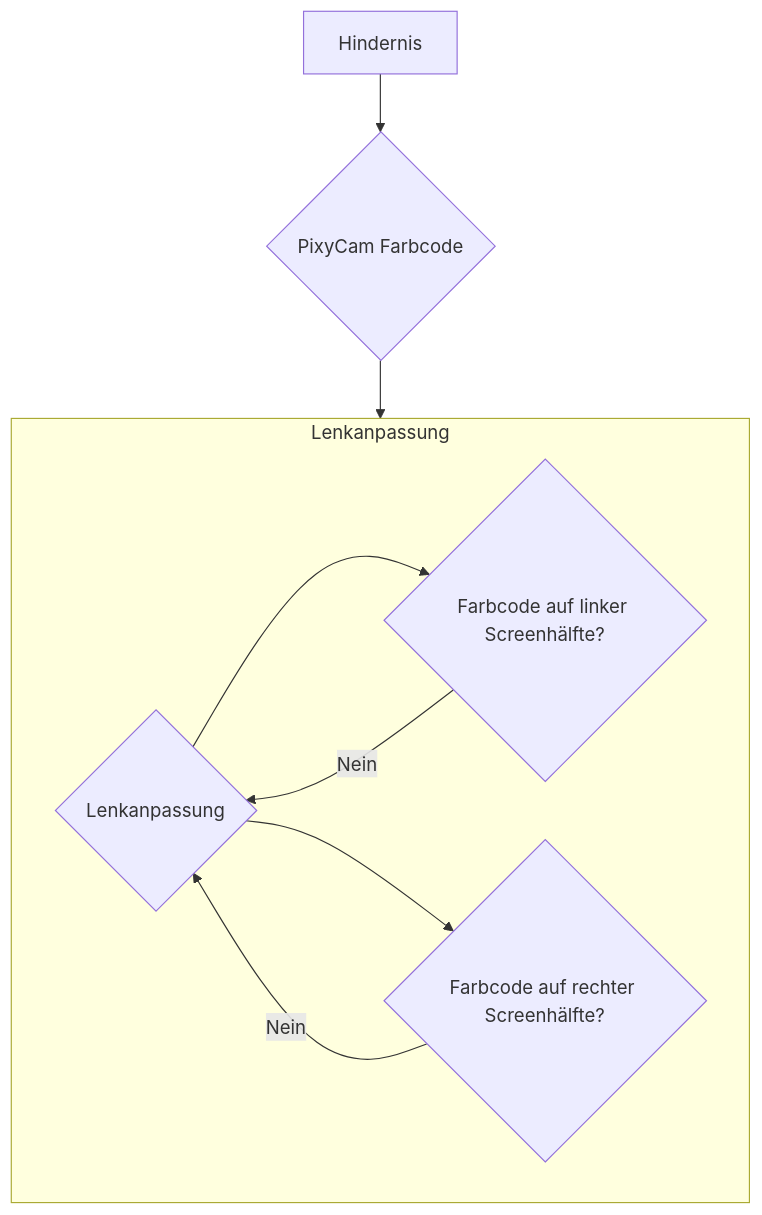
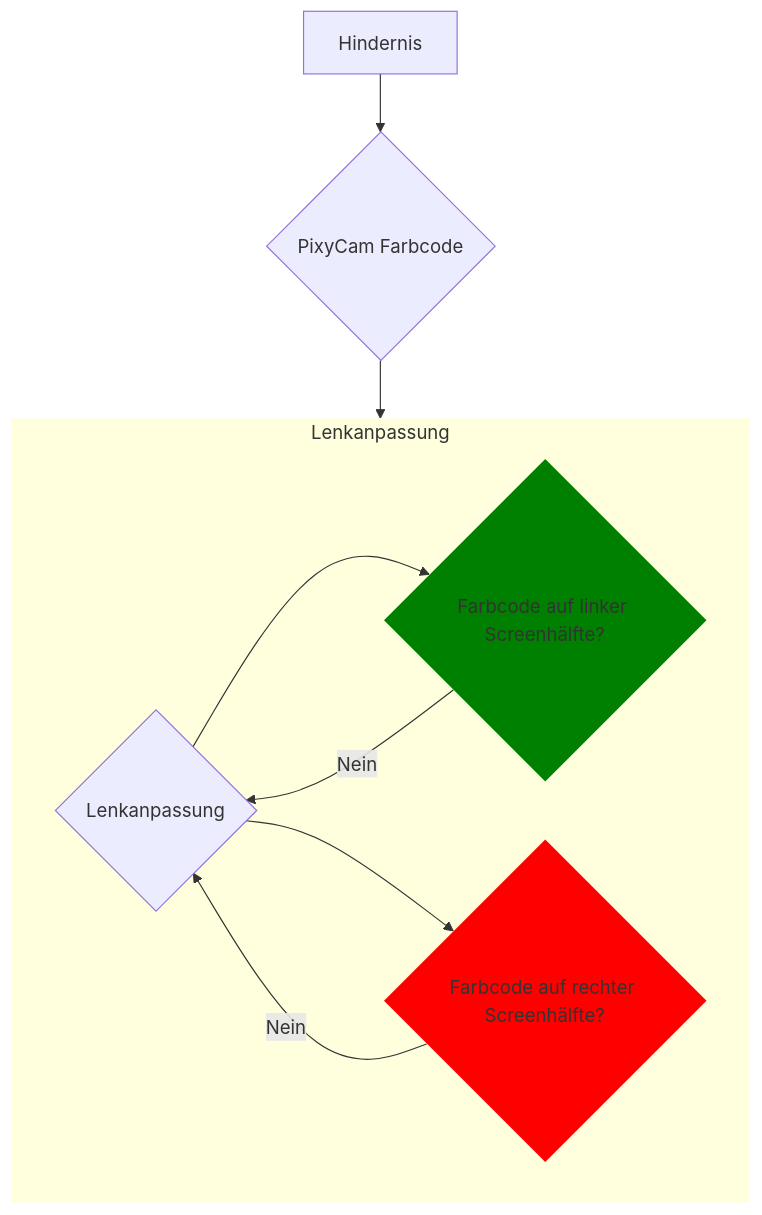
The third of 3 diagrams in Programme/Hindernisrennen/README.md (SchroedingersBit/PfortGTPanama), drawn with Mermaid before and after one commit.

````diff
--- a/Programme/Hindernisrennen/README.md
+++ b/Programme/Hindernisrennen/README.md
@@ -34,13 +34,12 @@
 ```mermaid
 flowchart TB;
-
 Hindernis -->B{PixyCam Farbcode} --> Lenkanpassung;
-
 subgraph Lenkanpassung
 L{Lenkanpassung} --> C1 & C2;
-
 C2{Farbcode auf rechter Screenhälfte?} -->|Nein|L;
-
 C1{Farbcode auf linker Screenhälfte?}-->|Nein|L;
 end
+style C2 fill:red, stroke:none
+style C1 fill:green, stroke:none
+style Lenkanpassung stroke:none
 ```
````
